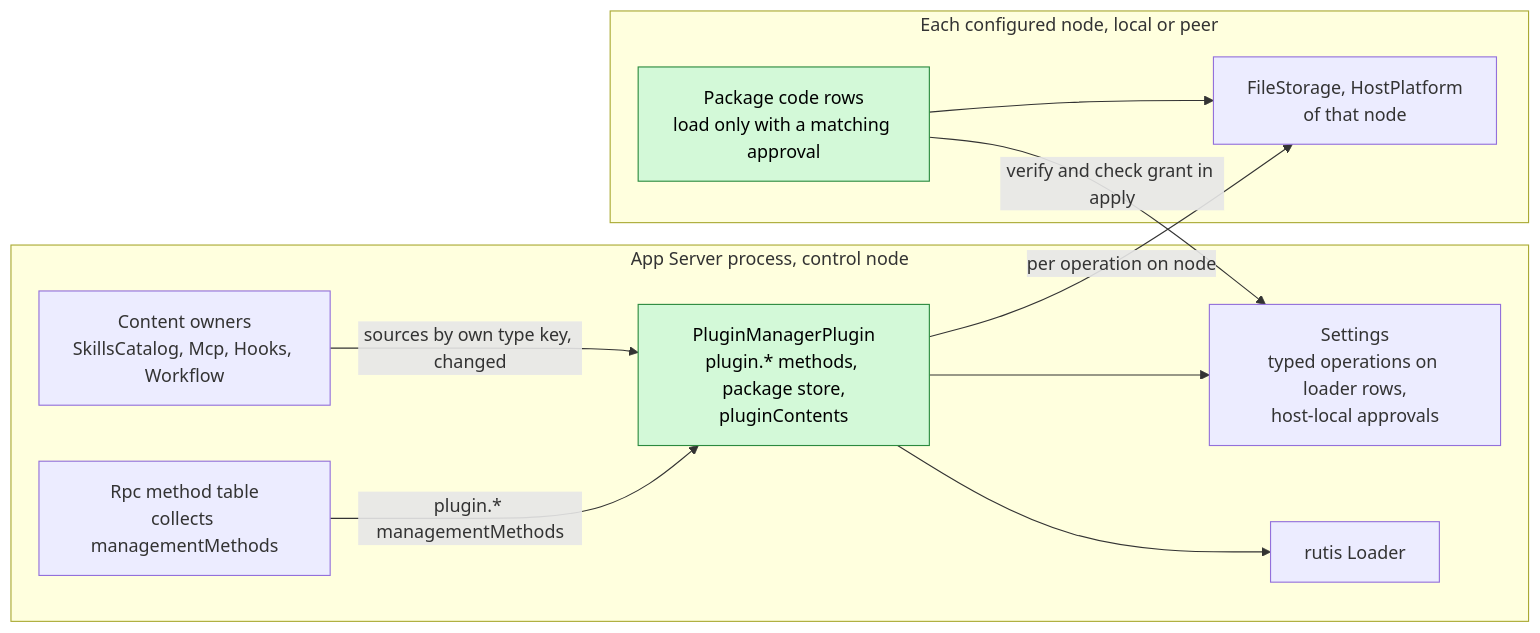
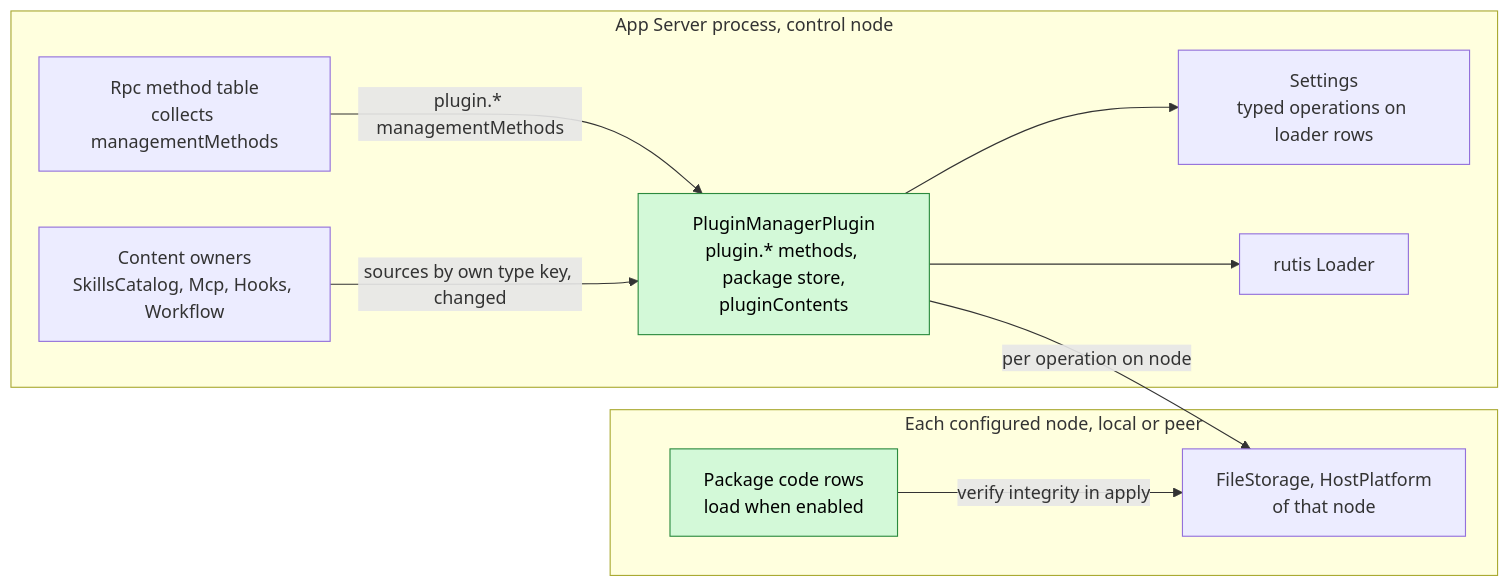
One commit to CoutinhoTTS/dim-agent changed the first of 6 diagrams in docs/design/plugins/PluginManager.md. Above: the diagram before and after it, drawn with Mermaid. The commit also changed other lines of this file and 40 other files, not shown here.

First line of the commit message:
docs(design): event-driven Goal, no host-local approval, review fixes

````diff
--- a/docs/design/plugins/PluginManager.md
+++ b/docs/design/plugins/PluginManager.md
@@ -9,22 +9,21 @@
 ```mermaid
 flowchart LR
   subgraph CN["App Server process, control node"]
     PM["PluginManagerPlugin<br/>plugin.* methods, package store,<br/>pluginContents"]:::new
-    SET["Settings<br/>typed operations on loader rows,<br/>host-local approvals"]
+    SET["Settings<br/>typed operations on loader rows"]
     LOADER["rutis Loader"]
     RPC["Rpc method table<br/>collects managementMethods"]
     CONS["Content owners<br/>SkillsCatalog, Mcp, Hooks, Workflow"]
   end
   subgraph NODE["Each configured node, local or peer"]
     SVC["FileStorage, HostPlatform<br/>of that node"]
-    CODE["Package code rows<br/>load only with a matching approval"]:::new
+    CODE["Package code rows<br/>load when enabled"]:::new
   end
   PM --> SET
   PM --> LOADER
   PM -->|"per operation on node"| SVC
   RPC -->|"plugin.* managementMethods"| PM
   CONS -->|"sources by own type key, changed"| PM
-  CODE -->|"verify and check grant in apply"| SET
-  CODE --> SVC
+  CODE -->|"verify integrity in apply"| SVC
   classDef new fill:#d3f9d8,stroke:#2b8a3e,color:#000
 ```
````
